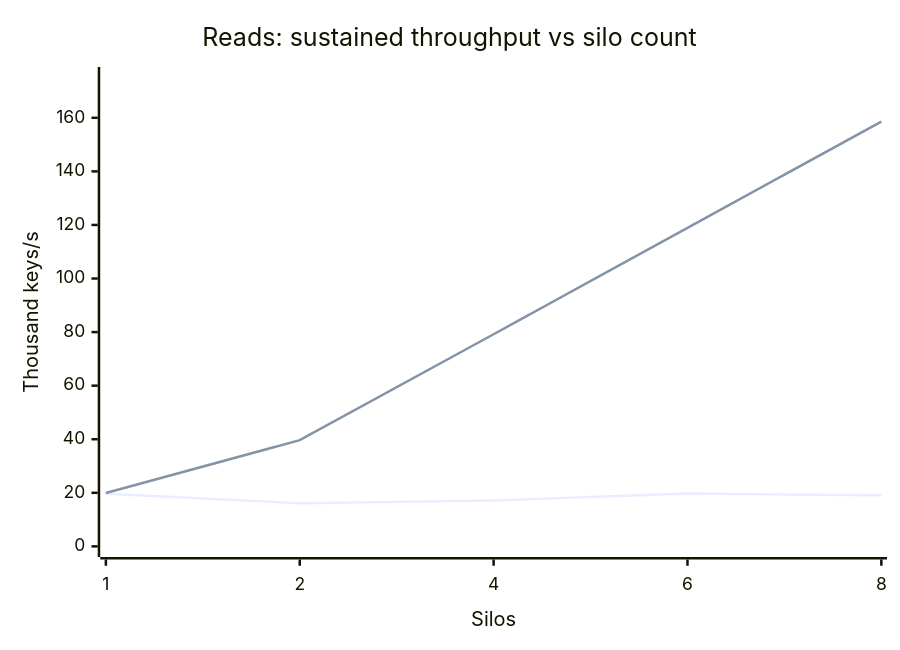
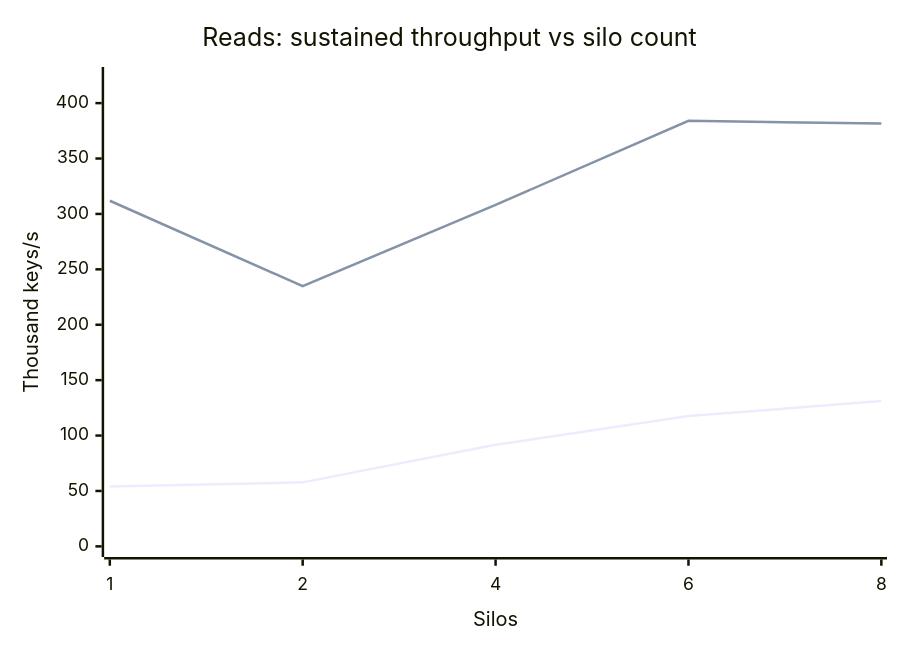
One commit to NSTA1/Orleans.Lattice changed the second of 4 diagrams in docs/lattice/performance-multi-silo.md. Above: the diagram before and after it, drawn with Mermaid. The commit also changed other lines of this file and 1 other file, not shown here.

````diff
--- a/docs/lattice/performance-multi-silo.md
+++ b/docs/lattice/performance-multi-silo.md
@@ -66,8 +68,8 @@
 ```mermaid
 xychart-beta
     title "Reads: sustained throughput vs silo count"
     x-axis "Silos" ["1", "2", "4", "6", "8"]
-    y-axis "Thousand keys/s" 0 --> 175
-    line [19.67, 16.09, 17.14, 19.7, 19.08]
-    line [19.93, 39.64, 79.2, 118.93, 158.58]
+    y-axis "Thousand keys/s" 0 --> 423
+    line [53.96, 57.77, 91.67, 117.55, 131.18]
+    line [311.88, 234.84, 308.17, 384.01, 381.53]
 ```
````
